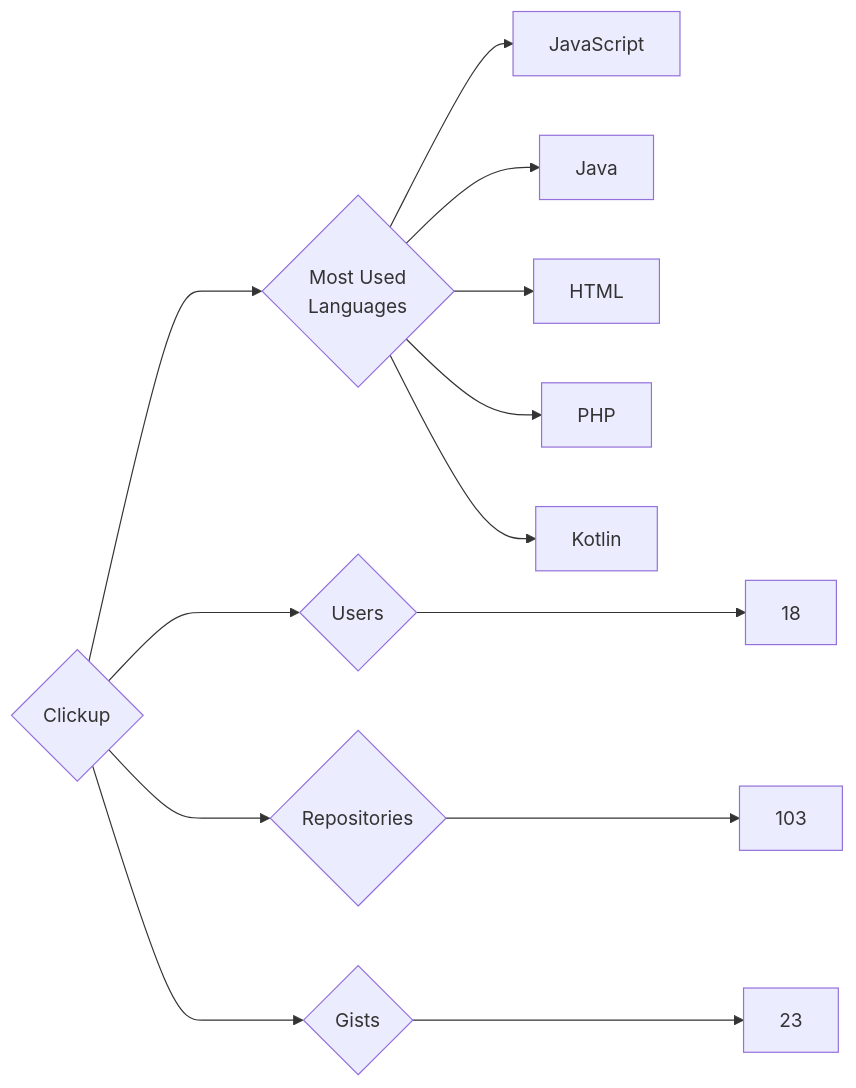
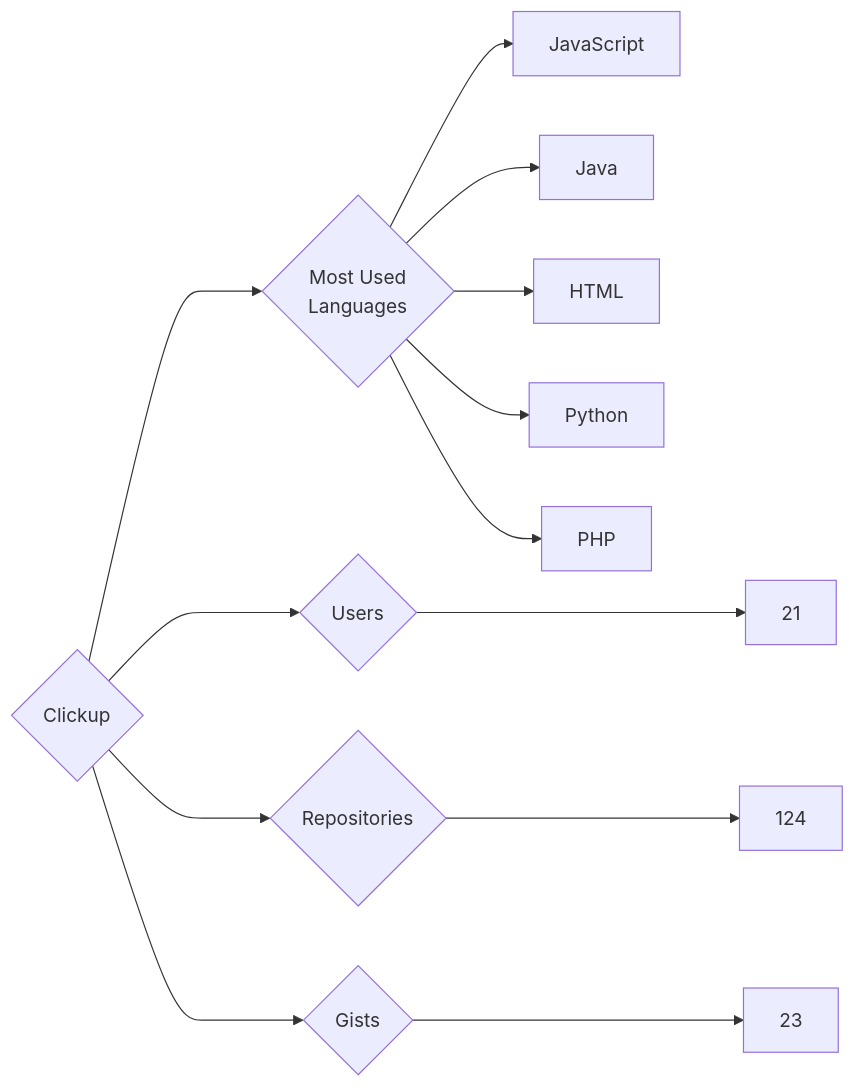
The diagram in targets/Clickup/README.md (trickest/insiders), drawn with Mermaid before and after one commit. The commit also changed 736 other files, not shown here.

````diff
--- a/targets/Clickup/README.md
+++ b/targets/Clickup/README.md
@@ -3,13 +3,13 @@
 ```mermaid
 graph LR
 COMPANY_NAME{Clickup}
-COMPANY_NAME ---> U{Users} ---> UN[18]
-COMPANY_NAME ---> R{Repositories} ---> RN[103]
+COMPANY_NAME ---> U{Users} ---> UN[21]
+COMPANY_NAME ---> R{Repositories} ---> RN[124]
 COMPANY_NAME ---> G{Gists} ---> GN[23]
 COMPANY_NAME ---> ML{Most Used<br>Languages}
 ML --> JavaScript[JavaScript]
 ML --> Java[Java]
 ML --> HTML[HTML]
+ML --> Python[Python]
 ML --> PHP[PHP]
-ML --> Kotlin[Kotlin]
 ```
````
